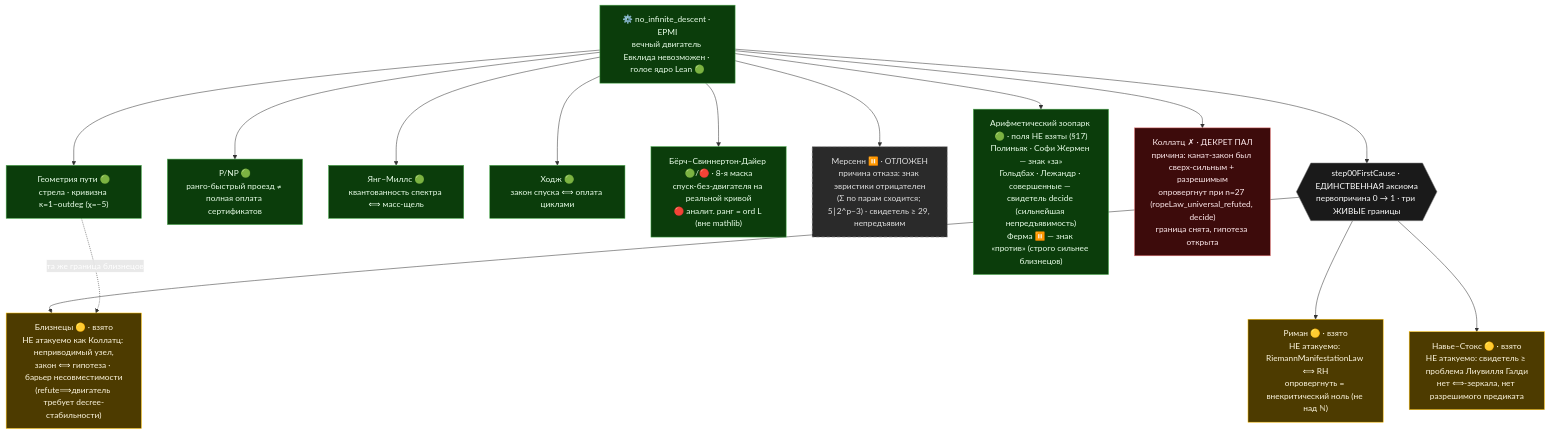
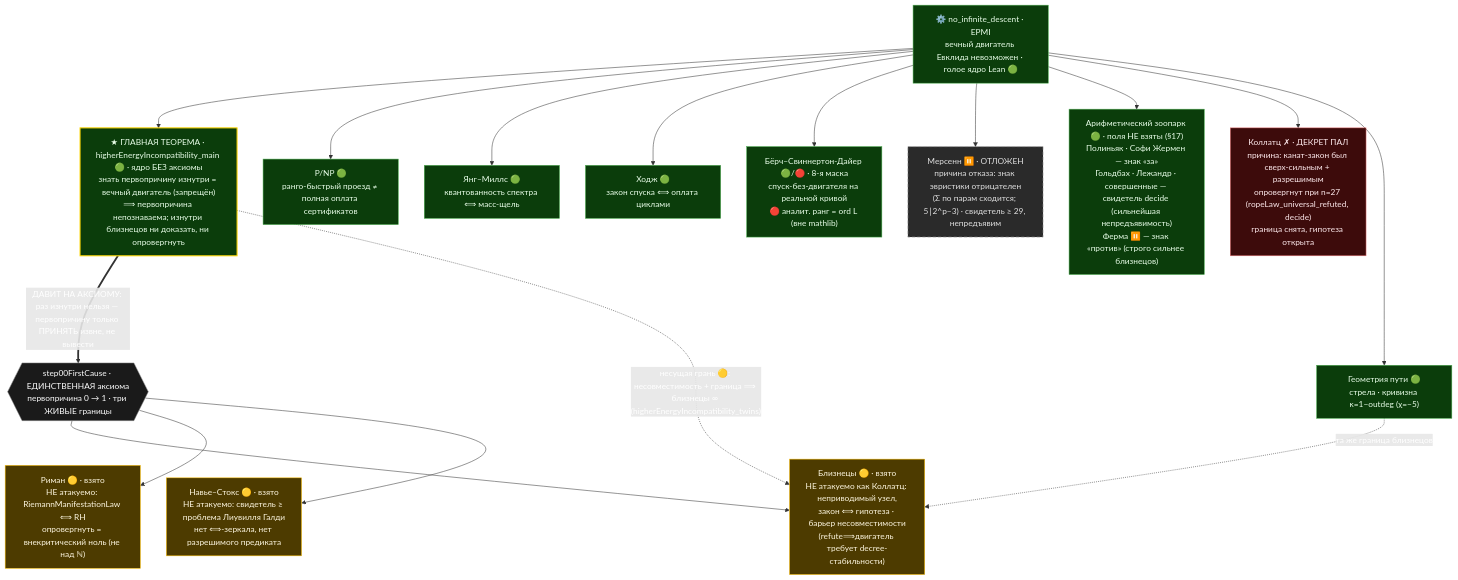
The diagram in README.ru.md (elamaunt/Euclids-path), drawn with Mermaid before and after one commit. The commit also changed 1 other file, not shown here.

Commit message:
Graph: add the main theorem (higherEnergyIncompatibility_main) as the apex and show how it presses on the axiom — unknowable from within ⟹ accept, don't derive; plus the load-bearing edge to twins

````diff
--- a/README.ru.md
+++ b/README.ru.md
@@ -76,34 +76,38 @@
 ```mermaid
 flowchart TD
     ROOT["⚙️ no_infinite_descent · EPMI<br/>вечный двигатель Евклида невозможен · голое ядро Lean 🟢"]
 
-    ROOT --> FC{{"step00FirstCause · ЕДИНСТВЕННАЯ аксиома<br/>первопричина 0 → 1 · три ЖИВЫЕ границы"}}
+    ROOT --> MT["★ ГЛАВНАЯ ТЕОРЕМА · higherEnergyIncompatibility_main 🟢 · ядро БЕЗ аксиомы<br/>знать первопричину изнутри = вечный двигатель (запрещён)<br/>⟹ первопричина непознаваема; изнутри близнецов ни доказать, ни опровергнуть"]
+    MT ==>|"ДАВИТ НА АКСИОМУ: раз изнутри нельзя — первопричину только ПРИНЯТЬ извне, не вывести"| FC{{"step00FirstCause · ЕДИНСТВЕННАЯ аксиома<br/>первопричина 0 → 1 · три ЖИВЫЕ границы"}}
 
     FC --> TP["Близнецы 🟡 · взято<br/>НЕ атакуемо как Коллатц: неприводимый узел,<br/>закон ⟺ гипотеза · барьер несовместимости<br/>(refute⟹двигатель требует decree-стабильности)"]
     FC --> RH["Риман 🟡 · взято<br/>НЕ атакуемо: RiemannManifestationLaw ⟺ RH<br/>опровергнуть = внекритический ноль (не над ℕ)"]
     FC --> NS["Навье–Стокс 🟡 · взято<br/>НЕ атакуемо: свидетель ≥ проблема Лиувилля Галди<br/>нет ⟺-зеркала, нет разрешимого предиката"]
+    MT -.->|"несущая грань 🟡: несовместимость + граница ⟹ близнецы ∞ (higherEnergyIncompatibility_twins)"| TP
 
     ROOT --> PNP["P/NP 🟢<br/>ранго-быстрый проезд ≠ полная оплата сертификатов"]
     ROOT --> YM["Янг–Миллс 🟢<br/>квантованность спектра ⟺ масс-щель"]
     ROOT --> HC["Ходж 🟢<br/>закон спуска ⟺ оплата циклами"]
     ROOT --> BSD["Бёрч–Свиннертон-Дайер 🟢/🔴 · 8-я маска<br/>спуск-без-двигателя на реальной кривой<br/>🔴 аналит. ранг = ord L (вне mathlib)"]
 
     ROOT --> MP["Мерсенн ⏸️ · ОТЛОЖЕН<br/>причина отказа: знак эвристики отрицателен<br/>(Σ по парам сходится; 5∣2^p−3) · свидетель ≥ 29, непредъявим"]
     ROOT --> ZOO["Арифметический зоопарк 🟢 · поля НЕ взяты (§17)<br/>Полиньяк · Софи Жермен — знак «за»<br/>Гольдбах · Лежандр · совершенные — свидетель decide (сильнейшая непредъявимость)<br/>Ферма ⏸️ — знак «против» (строго сильнее близнецов)"]
 
     ROOT --> CL["Коллатц ✗ · ДЕКРЕТ ПАЛ<br/>причина: канат-закон был сверх-сильным + разрешимым<br/>опровергнут при n=27 (ropeLaw_universal_refuted, decide)<br/>граница снята, гипотеза открыта"]
 
     ROOT --> GEO["Геометрия пути 🟢<br/>стрела · кривизна κ=1−outdeg (χ=−5)"]
     GEO -. та же граница близнецов .-> TP
 
     classDef green fill:#0b3d0b,stroke:#4caf50,color:#eaffea;
+    classDef apex fill:#0b3d0b,stroke:#ffd700,stroke-width:2px,color:#eaffea;
     classDef yellow fill:#4d3b00,stroke:#ffc107,color:#fff8e1;
     classDef deferred fill:#2a2a2a,stroke:#9e9e9e,color:#e0e0e0,stroke-dasharray: 6 4;
     classDef fallen fill:#3d0b0b,stroke:#e57373,color:#ffebee;
     classDef root fill:#1a1a1a,stroke:#888,color:#ffffff;
     class ROOT,PNP,YM,HC,BSD,ZOO,GEO green;
+    class MT apex;
     class TP,RH,NS yellow;
     class MP deferred;
     class CL fallen;
     class FC root;
 ```
````
